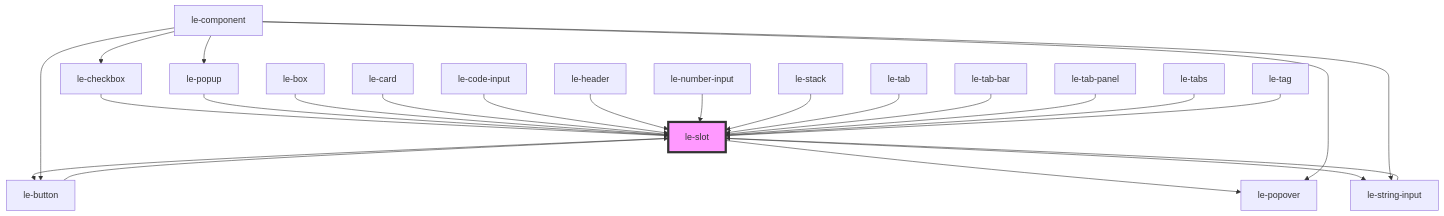
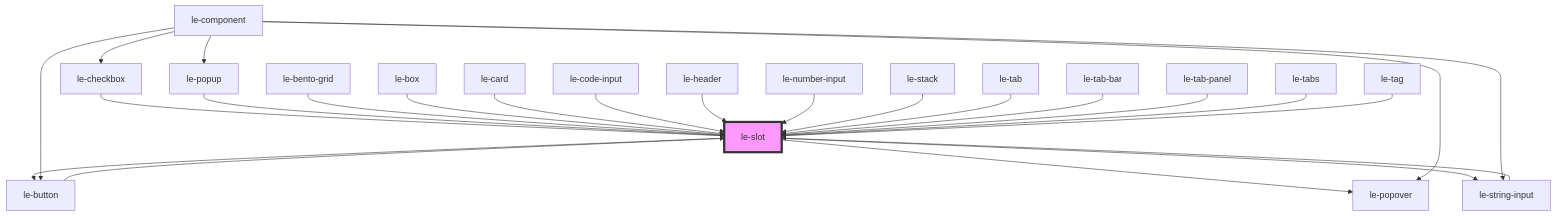
The diagram in packages/core/src/components/le-slot/readme.md (leechy/le-kit), drawn with Mermaid before and after one commit. The commit also changed other lines of this file and 16 other files, not shown here.

Commit message:
feat (core): <le-bento-grid> (and <le-bento-tile>) components

````diff
--- a/packages/core/src/components/le-slot/readme.md
+++ b/packages/core/src/components/le-slot/readme.md
@@ -74,27 +75,28 @@
 ```mermaid
 graph TD;
   le-slot --> le-popover
   le-slot --> le-button
   le-slot --> le-string-input
   le-button --> le-slot
   le-component --> le-button
   le-component --> le-checkbox
   le-component --> le-string-input
   le-component --> le-popover
   le-component --> le-popup
   le-checkbox --> le-slot
   le-string-input --> le-slot
   le-popup --> le-slot
+  le-bento-grid --> le-slot
   le-box --> le-slot
   le-card --> le-slot
   le-code-input --> le-slot
   le-header --> le-slot
   le-number-input --> le-slot
   le-stack --> le-slot
   le-tab --> le-slot
   le-tab-bar --> le-slot
   le-tab-panel --> le-slot
   le-tabs --> le-slot
   le-tag --> le-slot
   style le-slot fill:#f9f,stroke:#333,stroke-width:4px
 ```
````
